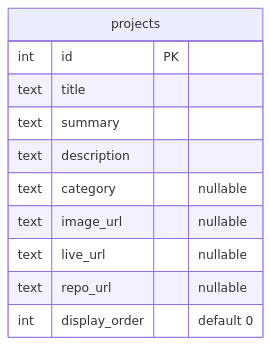
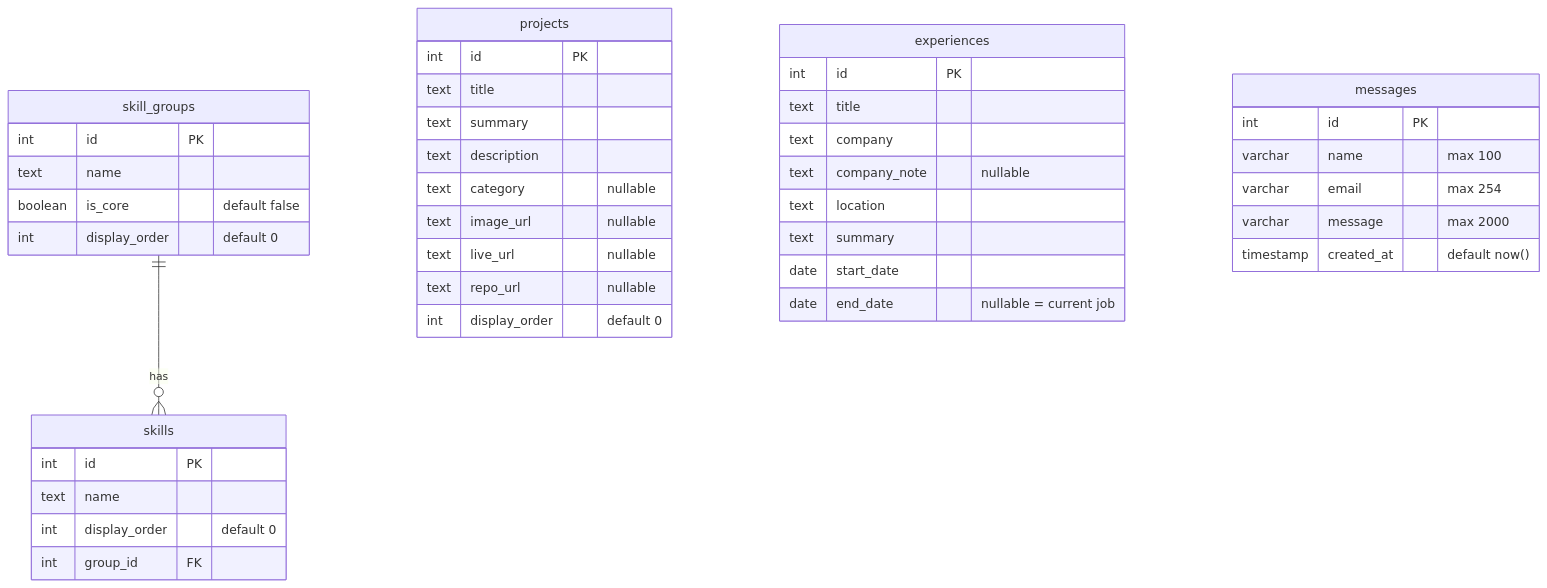
The first of 2 diagrams in docs/diagrams/database-relationships.md (mdevaangini/portfolio), drawn with Mermaid before and after one commit. The commit also changed other lines of this file and 32 other files, not shown here.

````diff
--- a/docs/diagrams/database-relationships.md
+++ b/docs/diagrams/database-relationships.md
@@ -7,14 +7,44 @@
 ```mermaid
 erDiagram
+    skill_groups ||--o{ skills : "has"
     projects {
         int id PK
         text title
         text summary
         text description
         text category "nullable"
         text image_url "nullable"
         text live_url "nullable"
         text repo_url "nullable"
         int display_order "default 0"
     }
+    experiences {
+        int id PK
+        text title
+        text company
+        text company_note "nullable"
+        text location
+        text summary
+        date start_date
+        date end_date "nullable = current job"
+    }
+    skill_groups {
+        int id PK
+        text name
+        boolean is_core "default false"
+        int display_order "default 0"
+    }
+    skills {
+        int id PK
+        text name
+        int display_order "default 0"
+        int group_id FK
+    }
+    messages {
+        int id PK
+        varchar name "max 100"
+        varchar email "max 254"
+        varchar message "max 2000"
+        timestamp created_at "default now()"
+    }
 ```
````
